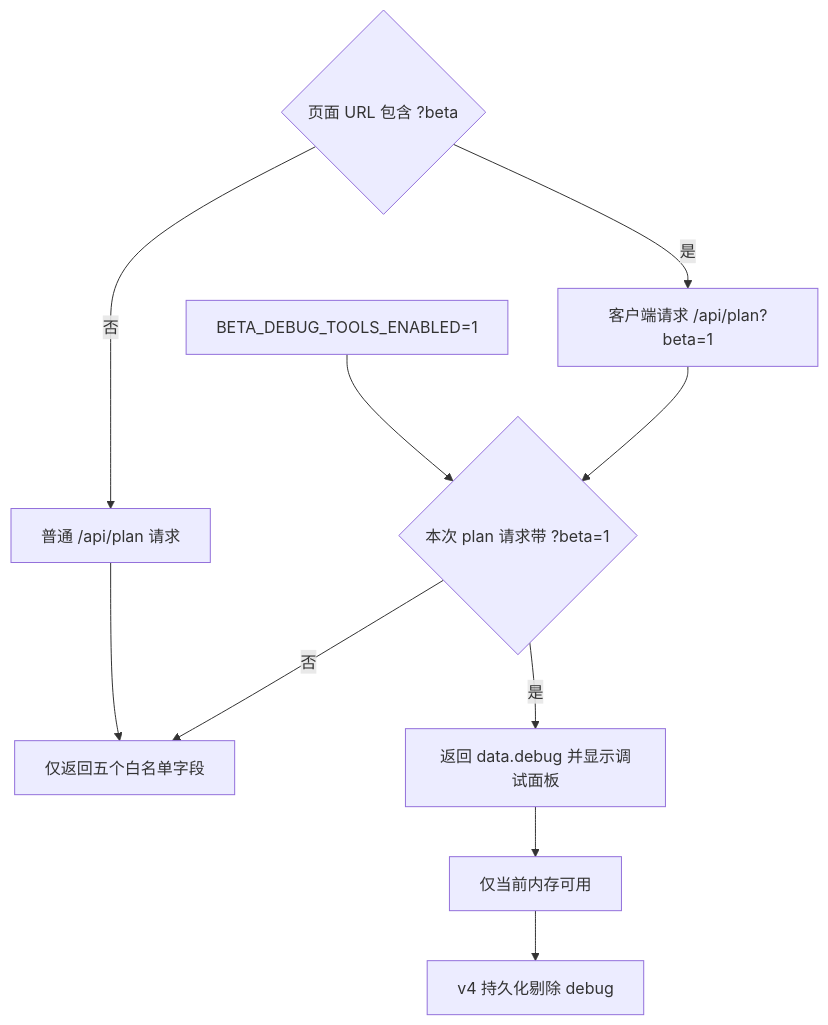
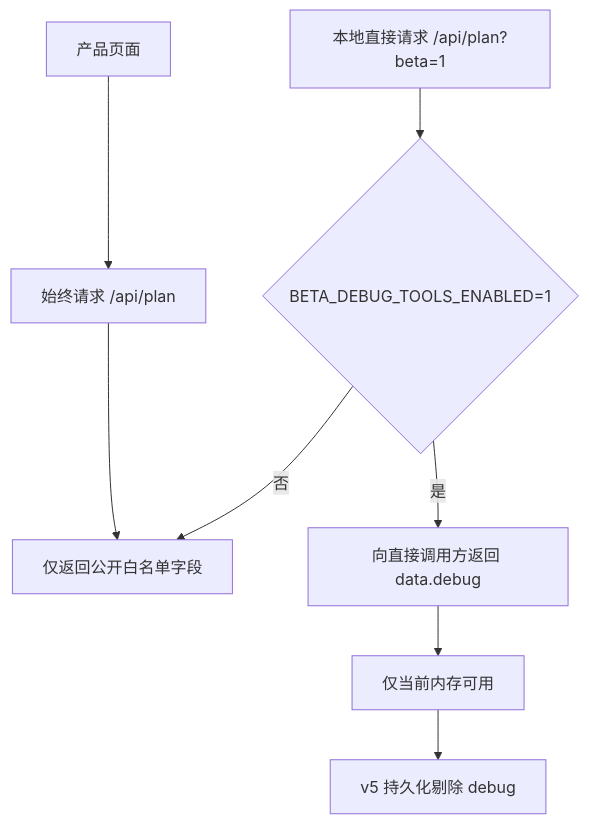
One commit to LanceKrager233/ArknightsInfraCalc-v2_beta_test_frontend changed the second of 4 diagrams in docs/FRONTEND_PRODUCTION_READINESS_REPORT.md. Above: the diagram before and after it, drawn with Mermaid. The commit also changed other lines of this file and 16 other files, not shown here.

````diff
--- a/docs/FRONTEND_PRODUCTION_READINESS_REPORT.md
+++ b/docs/FRONTEND_PRODUCTION_READINESS_REPORT.md
@@ -98,12 +98,10 @@
 ```mermaid
 flowchart TD
-  E["BETA_DEBUG_TOOLS_ENABLED=1"] --> D{"本次 plan 请求带 ?beta=1"}
-  U{"页面 URL 包含 ?beta"} -->|"是"| Q["客户端请求 /api/plan?beta=1"]
-  U -->|"否"| H["普通 /api/plan 请求"]
-  Q --> D
-  H --> N["仅返回五个白名单字段"]
-  D -->|"是"| P["返回 data.debug 并显示调试面板"]
+  U["产品页面"] --> H["始终请求 /api/plan"]
+  H --> N["仅返回公开白名单字段"]
+  M["本地直接请求 /api/plan?beta=1"] --> D{"BETA_DEBUG_TOOLS_ENABLED=1"}
+  D -->|"是"| P["向直接调用方返回 data.debug"]
   D -->|"否"| N
   P --> V["仅当前内存可用"]
-  V --> X["v4 持久化剔除 debug"]
+  V --> X["v5 持久化剔除 debug"]
 ```
````
